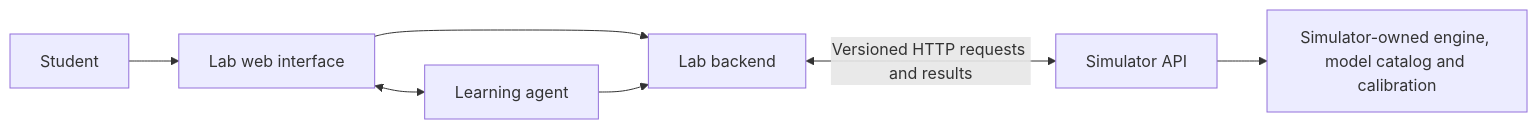
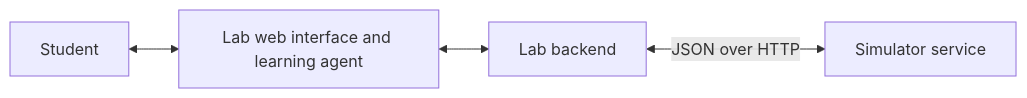
One commit to taowangcheng/hello-mlsys-lab changed the diagram in integrations/mlsys-simulator/README.md. Above: the diagram before and after it, drawn with Mermaid. The commit also changed other lines of this file and 5 other files, not shown here.

````diff
--- a/integrations/mlsys-simulator/README.md
+++ b/integrations/mlsys-simulator/README.md
@@ -19,9 +30,6 @@
 ```mermaid
 flowchart LR
-  Student[Student] --> UI[Lab web interface]
-  UI <--> Agent[Learning agent]
-  UI --> Lab[Lab backend]
-  Agent --> Lab
-  Lab <-->|Versioned HTTP requests and results| Service[Simulator API]
-  Service --> Engine[Simulator-owned engine, model catalog and calibration]
+  Student[Student] <--> Lab[Lab web interface and learning agent]
+  Lab <--> Backend[Lab backend]
+  Backend <-->|JSON over HTTP| Simulator[Simulator service]
 ```
````
